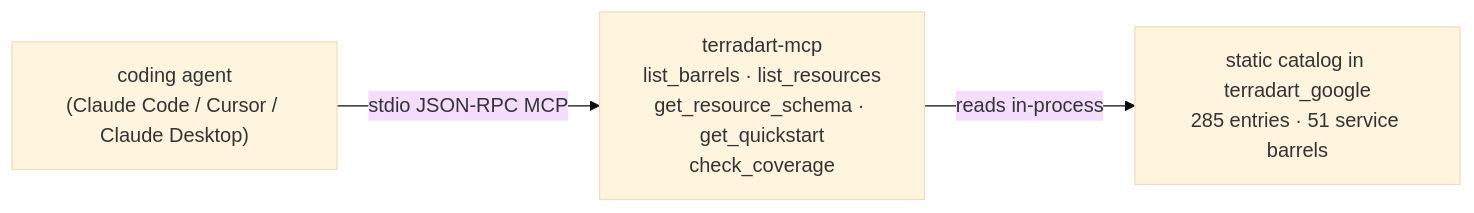
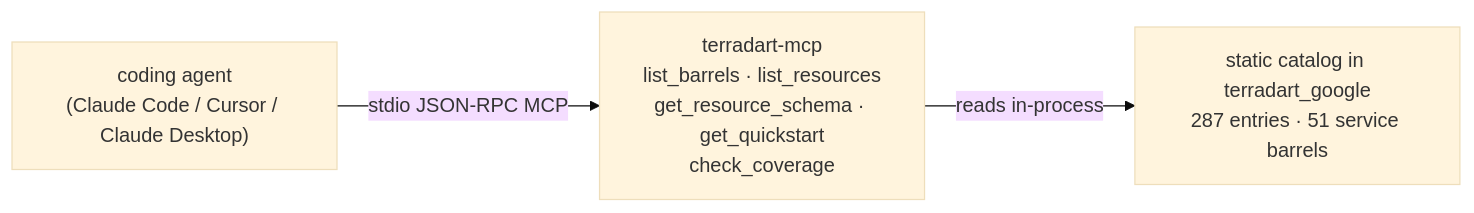
Before and after one commit to nozomi-koborinai/terradart: the diagram in website/src/content/docs/docs/agent/index.md, drawn with Mermaid (base theme). The commit also changed other lines of this file and 17 other files, not shown here.

````diff
--- a/website/src/content/docs/docs/agent/index.md
+++ b/website/src/content/docs/docs/agent/index.md
@@ -12,8 +12,8 @@
 ```mermaid
 graph LR
   agent["coding agent<br/>(Claude Code / Cursor / Claude Desktop)"]
   mcp["terradart-mcp<br/>list_barrels · list_resources<br/>get_resource_schema · get_quickstart<br/>check_coverage"]
-  catalog["static catalog in terradart_google<br/>285 entries · 51 service barrels"]
+  catalog["static catalog in terradart_google<br/>287 entries · 51 service barrels"]
   agent -->|stdio JSON-RPC MCP| mcp
   mcp -->|reads in-process| catalog
 ```
````
